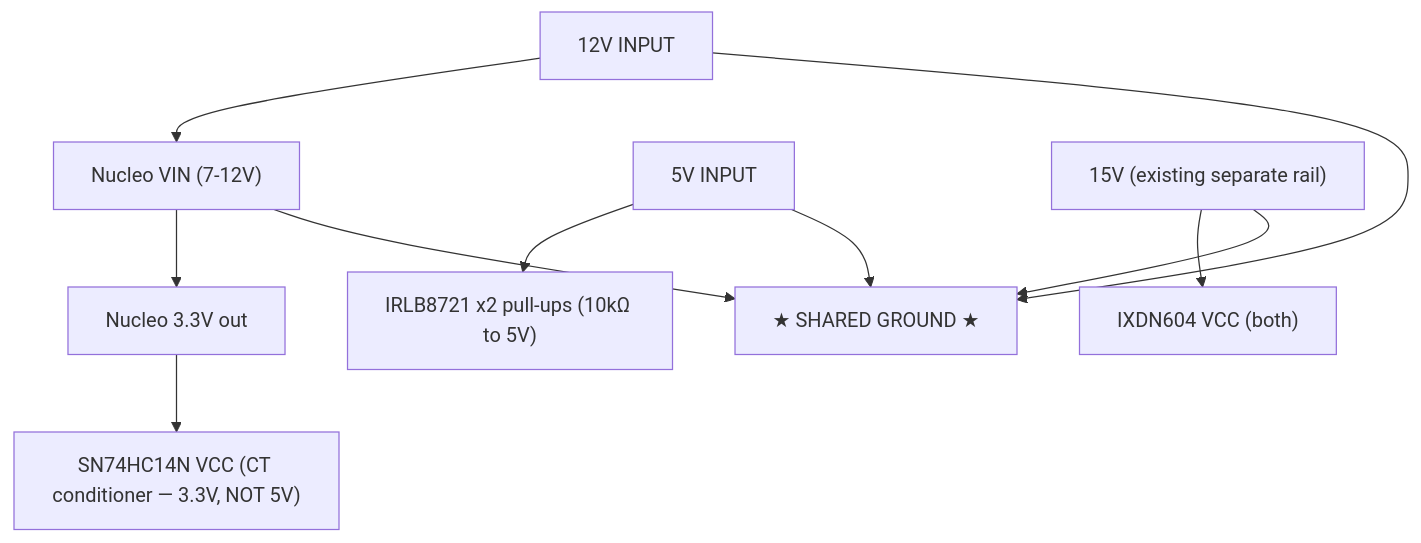
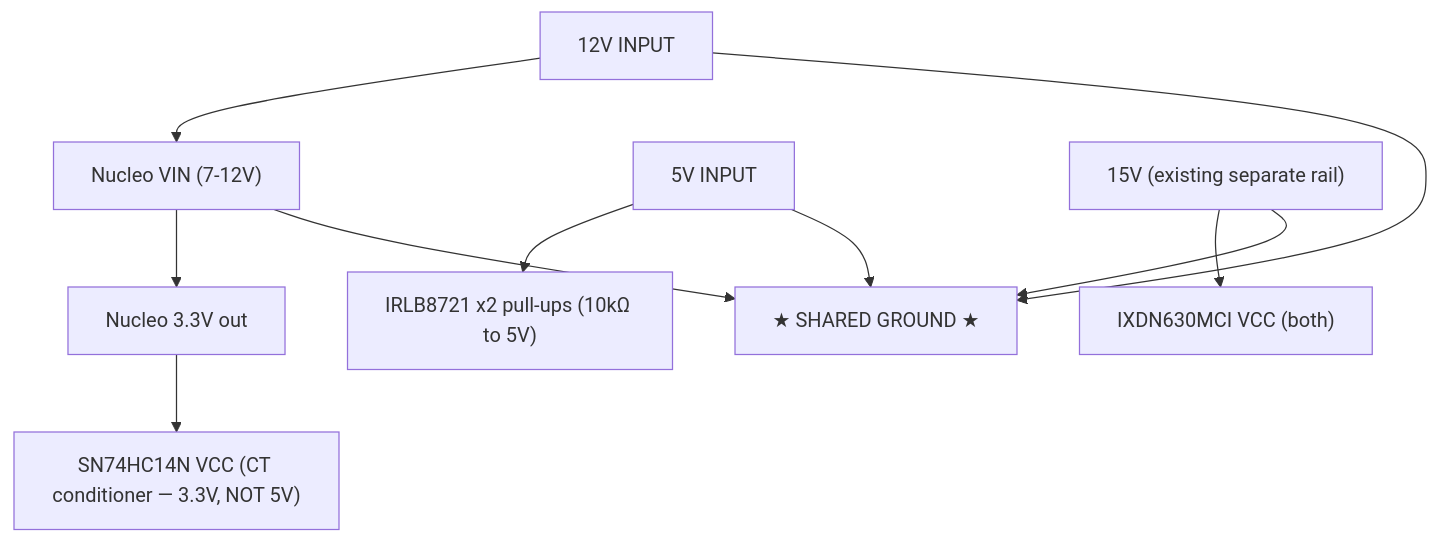
Before and after one commit to metanurb21/Nucleo-induction-heater: the fourth of 4 diagrams in docs/BOARD_V2_DIRECT.md, drawn with Mermaid. The commit also changed other lines of this file and 5 other files, not shown here.

First line of the commit message:
Fix gate driver part number: IXDN604 -> IXDN630MCI (actual part in use)

````diff
--- a/docs/BOARD_V2_DIRECT.md
+++ b/docs/BOARD_V2_DIRECT.md
@@ -262,13 +262,13 @@
 ```mermaid
 graph TD
     IN12["12V INPUT"] --> NUC["Nucleo VIN (7-12V)"]
     IN5["5V INPUT"] --> Q["IRLB8721 x2 pull-ups (10kΩ to 5V)"]
     NUC --> V33["Nucleo 3.3V out"]
     V33 --> HC["SN74HC14N VCC (CT conditioner — 3.3V, NOT 5V)"]
-    IN15["15V (existing separate rail)"] --> IXDN["IXDN604 VCC (both)"]
+    IN15["15V (existing separate rail)"] --> IXDN["IXDN630MCI VCC (both)"]
 
     IN12 --> STAR["★ SHARED GROUND ★"]
     IN5 --> STAR
     IN15 --> STAR
     NUC --> STAR
 ```
````
